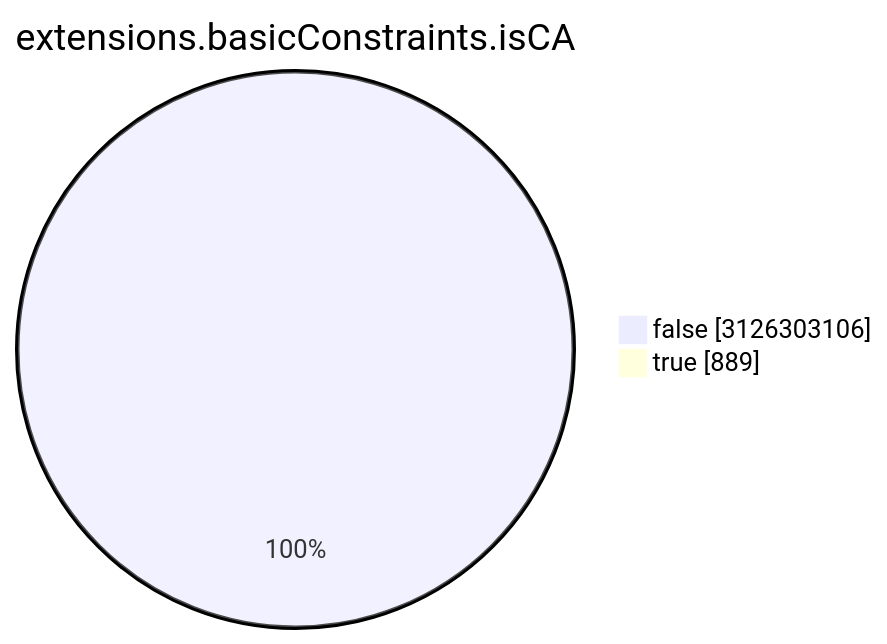
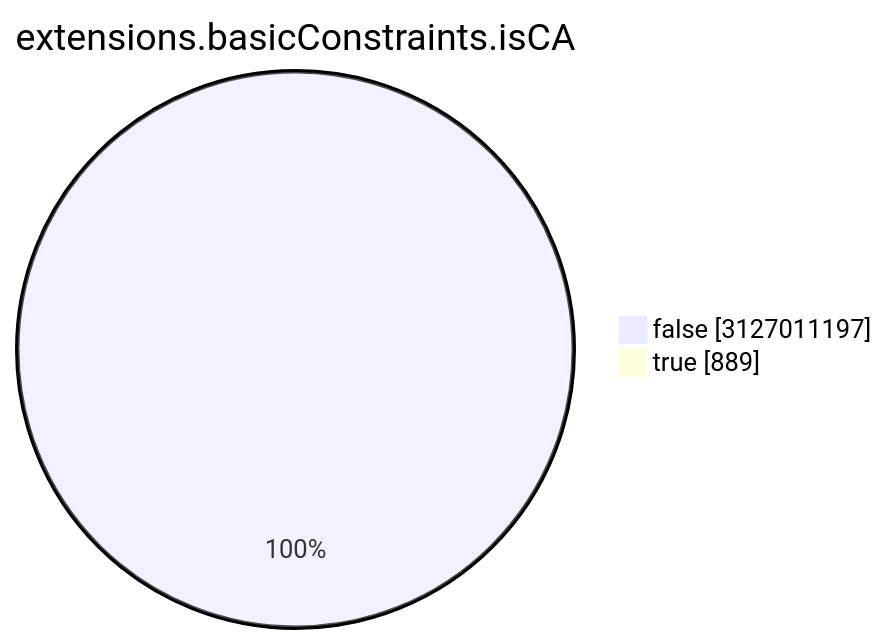
The seventh of 15 diagrams in TOTAL/README.md (christiankrug/ctmonitor_visualization), drawn with Mermaid before and after one commit. The commit also changed other lines of this file, not shown here.

````diff
--- a/TOTAL/README.md
+++ b/TOTAL/README.md
@@ -3088,6 +3088,6 @@
 ```mermaid
 pie showData
 title extensions.basicConstraints.isCA
-"false" :3126303106
+"false" :3127011197
 "true" :889
 ```
````
